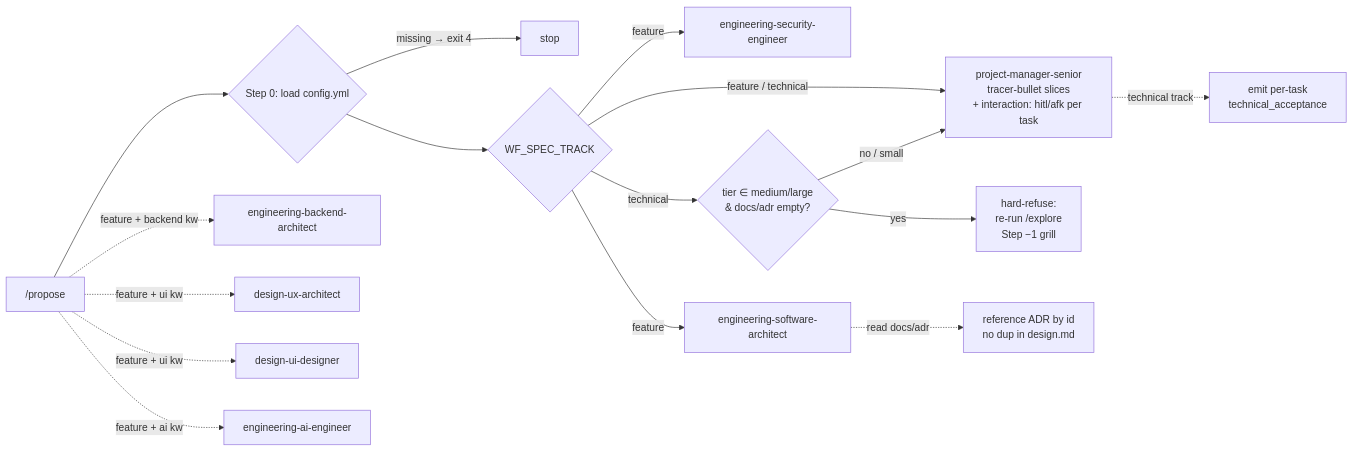
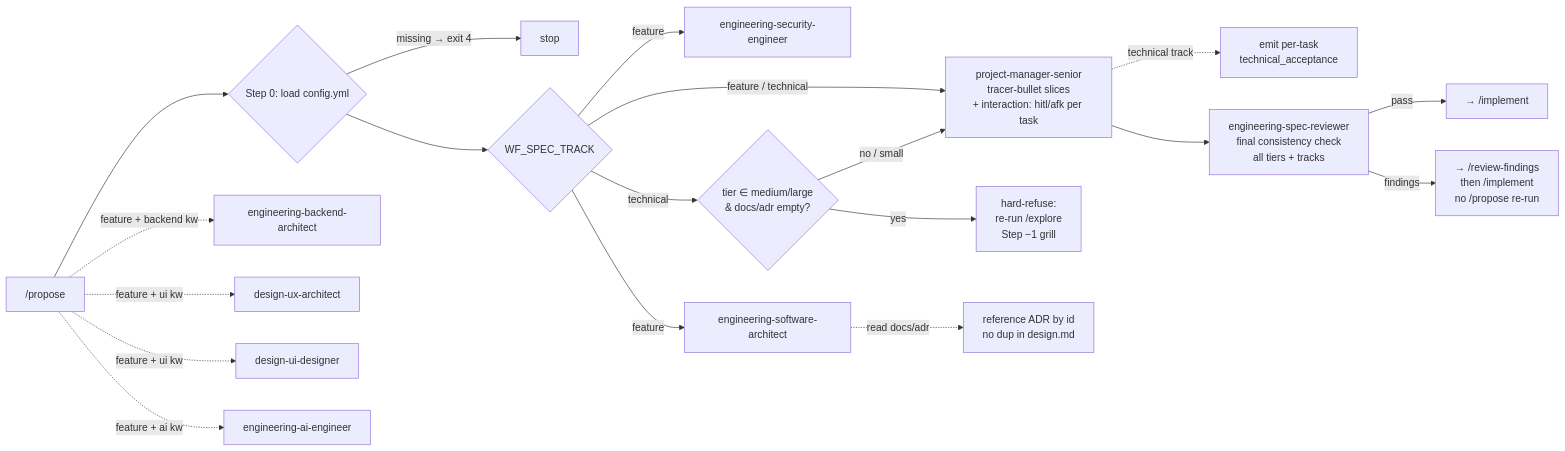
One commit to AlarQ/SDD-hub changed the seventh of 14 diagrams in docs/workflow-diagram.md. Above: the diagram before and after it, drawn with Mermaid. The commit also changed 6 other files, not shown here.

````diff
--- a/docs/workflow-diagram.md
+++ b/docs/workflow-diagram.md
@@ -324,18 +324,21 @@
 ```mermaid
 graph LR
     PR["/propose"] --> CFG0{Step 0: load config.yml}
     CFG0 -->|missing → exit 4| STOP_PR[stop]
     CFG0 --> TRK{WF_SPEC_TRACK}
     TRK -->|feature| SE[engineering-security-engineer]
     TRK -->|feature| SA[engineering-software-architect]
     TRK -->|feature / technical| SPM[project-manager-senior<br/>tracer-bullet slices<br/>+ interaction: hitl/afk per task]
     TRK -->|technical| TGATE{tier ∈ medium/large<br/>& docs/adr empty?}
     TGATE -->|yes| STOP_GR[hard-refuse:<br/>re-run /explore<br/>Step −1 grill]
     TGATE -->|no / small| SPM
     SPM -.->|technical track| TA[emit per-task<br/>technical_acceptance]
     SA -.->|read docs/adr| ADRREF[reference ADR by id<br/>no dup in design.md]
     PR -.->|feature + backend kw| BA[engineering-backend-architect]
     PR -.->|feature + ui kw| UXA[design-ux-architect]
     PR -.->|feature + ui kw| UID[design-ui-designer]
     PR -.->|feature + ai kw| AIE[engineering-ai-engineer]
+    SPM --> SR[engineering-spec-reviewer<br/>final consistency check<br/>all tiers + tracks]
+    SR -->|pass| OK_PR[→ /implement]
+    SR -->|findings| RFP[→ /review-findings<br/>then /implement<br/>no /propose re-run]
 ```
````
